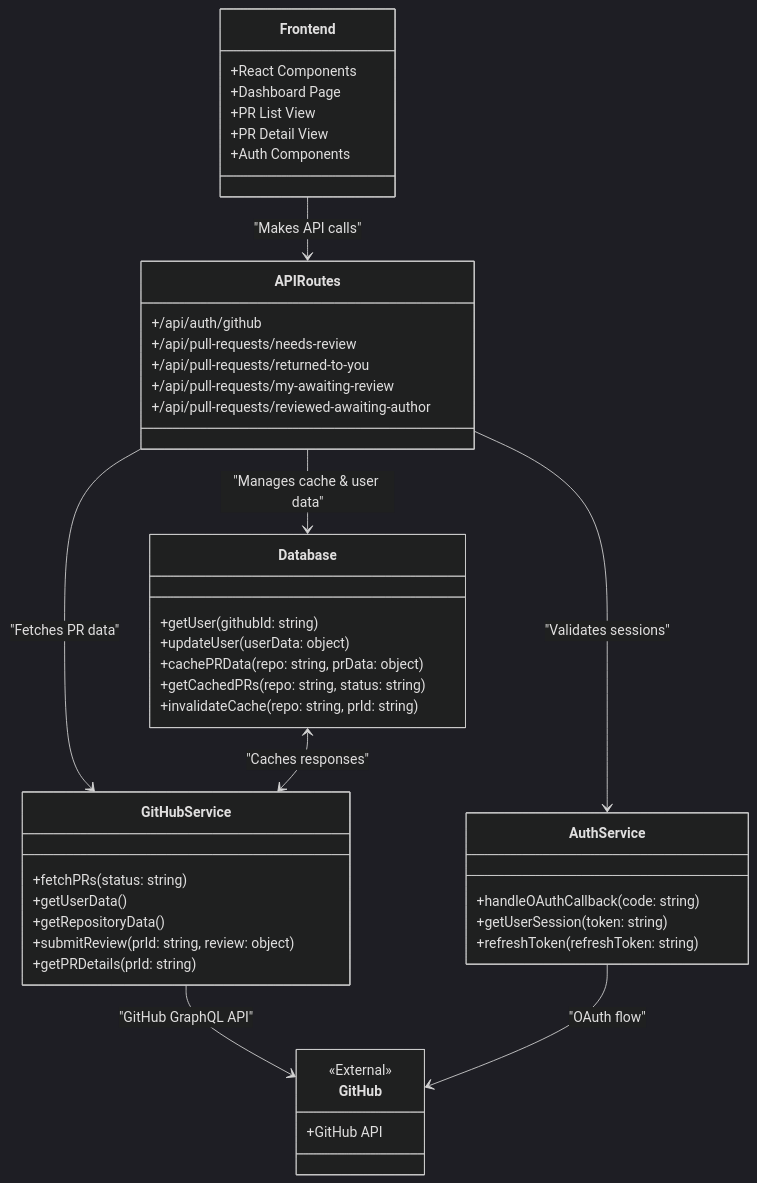
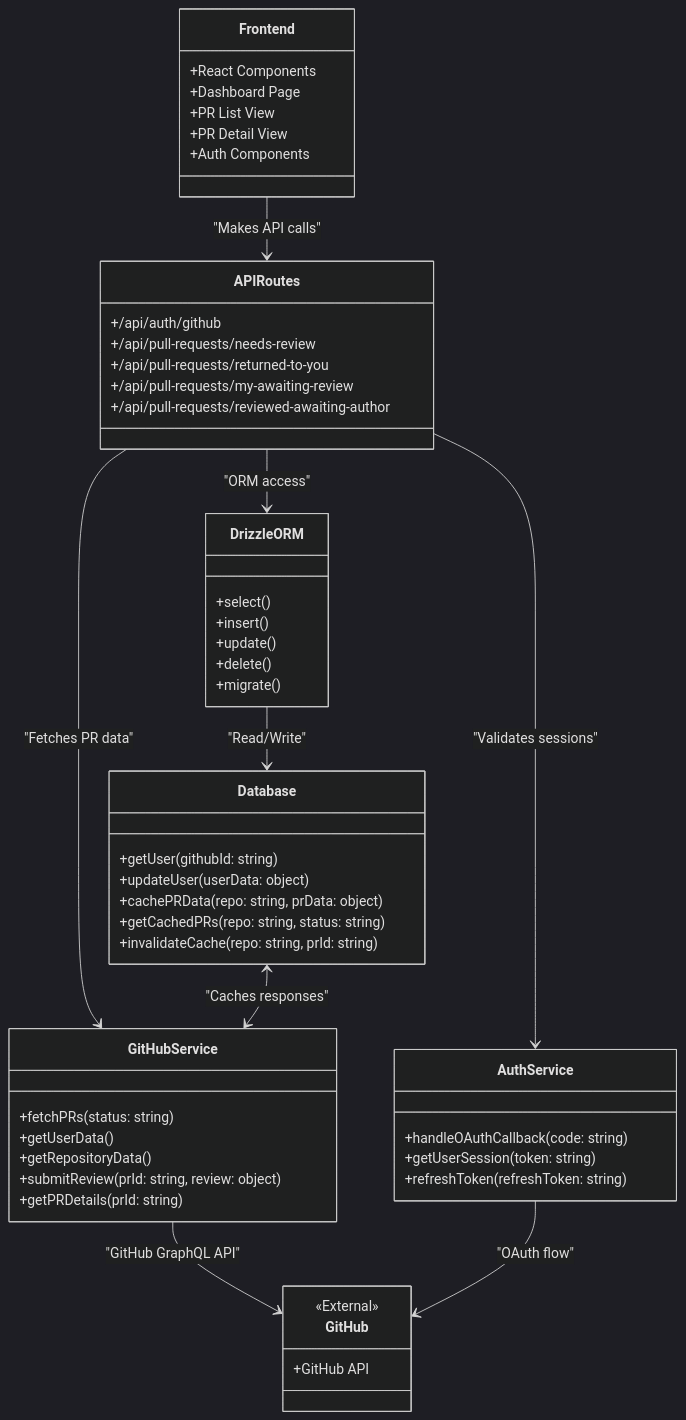
One commit to aviram-shubeili/code-flow changed the second of 7 diagrams in docs/architecture-diagrams.md. Above: the diagram before and after it, drawn with Mermaid (dark theme). The commit also changed other lines of this file and 2 other files, not shown here.

Commit message:
docs: update architectural diagrams and add migration notes for Prisma to Drizzle transition

````diff
--- a/docs/architecture-diagrams.md
+++ b/docs/architecture-diagrams.md
@@ -26,53 +28,62 @@
 ```mermaid
 classDiagram
     class Frontend {
         +React Components
         +Dashboard Page
         +PR List View
         +PR Detail View
         +Auth Components
     }
-    
+
     class APIRoutes {
         +/api/auth/github
         +/api/pull-requests/needs-review
         +/api/pull-requests/returned-to-you
         +/api/pull-requests/my-awaiting-review
         +/api/pull-requests/reviewed-awaiting-author
     }
-    
+
+    class DrizzleORM {
+        +select()
+        +insert()
+        +update()
+        +delete()
+        +migrate()
+    }
+
     class GitHubService {
         +fetchPRs(status: string)
         +getUserData()
         +getRepositoryData()
         +submitReview(prId: string, review: object)
         +getPRDetails(prId: string)
     }
-    
+
     class Database {
         +getUser(githubId: string)
         +updateUser(userData: object)
         +cachePRData(repo: string, prData: object)
         +getCachedPRs(repo: string, status: string)
         +invalidateCache(repo: string, prId: string)
     }
-    
+
     class AuthService {
         +handleOAuthCallback(code: string)
         +getUserSession(token: string)
         +refreshToken(refreshToken: string)
     }
-    
+
     Frontend --> APIRoutes : "Makes API calls"
     APIRoutes --> AuthService : "Validates sessions"
     APIRoutes --> GitHubService : "Fetches PR data"
-    APIRoutes --> Database : "Manages cache & user data"
+    APIRoutes --> DrizzleORM : "ORM access"
+    DrizzleORM --> Database : "Read/Write"
     GitHubService --> GitHub : "GitHub GraphQL API"
     AuthService --> GitHub : "OAuth flow"
     Database <--> GitHubService : "Caches responses"
-    
+
     class GitHub {
         <<External>>
         +GitHub API
     }
 ```
````
